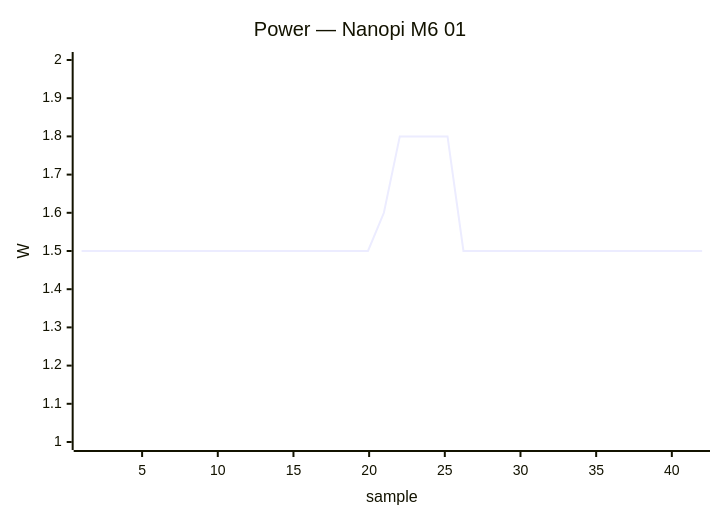
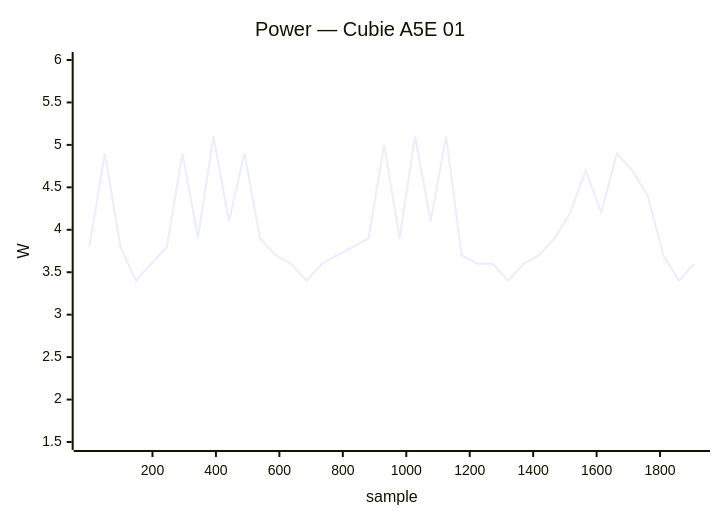
Before and after one commit to armbian/documentation: the second of 48 diagrams in docs/status/board-tests.md, drawn with Mermaid. The commit also changed other lines of this file, not shown here.

````diff
--- a/docs/status/board-tests.md
+++ b/docs/status/board-tests.md
@@ -30,7 +63,7 @@
 ```mermaid
 xychart-beta
-    title "Power — Nanopi M6 01"
-    x-axis "sample" 1 --> 42
-    y-axis "W" 1.0 --> 2.0
-    line [1.5, 1.5, 1.5, 1.5, 1.5, 1.5, 1.5, 1.5, 1.5, 1.5, 1.5, 1.5, 1.5, 1.5, 1.5, 1.5, 1.5, 1.5, 1.5, 1.6, 1.8, 1.8, 1.8, 1.8, 1.5, 1.5, 1.5, 1.5, 1.5, 1.5, 1.5, 1.5, 1.5, 1.5, 1.5, 1.5, 1.5, 1.5, 1.5, 1.5]
+    title "Power — Cubie A5E 01"
+    x-axis "sample" 1 --> 1908
+    y-axis "W" 1.5 --> 6.0
+    line [3.8, 4.9, 3.8, 3.4, 3.6, 3.8, 4.9, 3.9, 5.1, 4.1, 4.9, 3.9, 3.7, 3.6, 3.4, 3.6, 3.7, 3.8, 3.9, 5.0, 3.9, 5.1, 4.1, 5.1, 3.7, 3.6, 3.6, 3.4, 3.6, 3.7, 3.9, 4.2, 4.7, 4.2, 4.9, 4.7, 4.4, 3.7, 3.4, 3.6]
 ```
````
